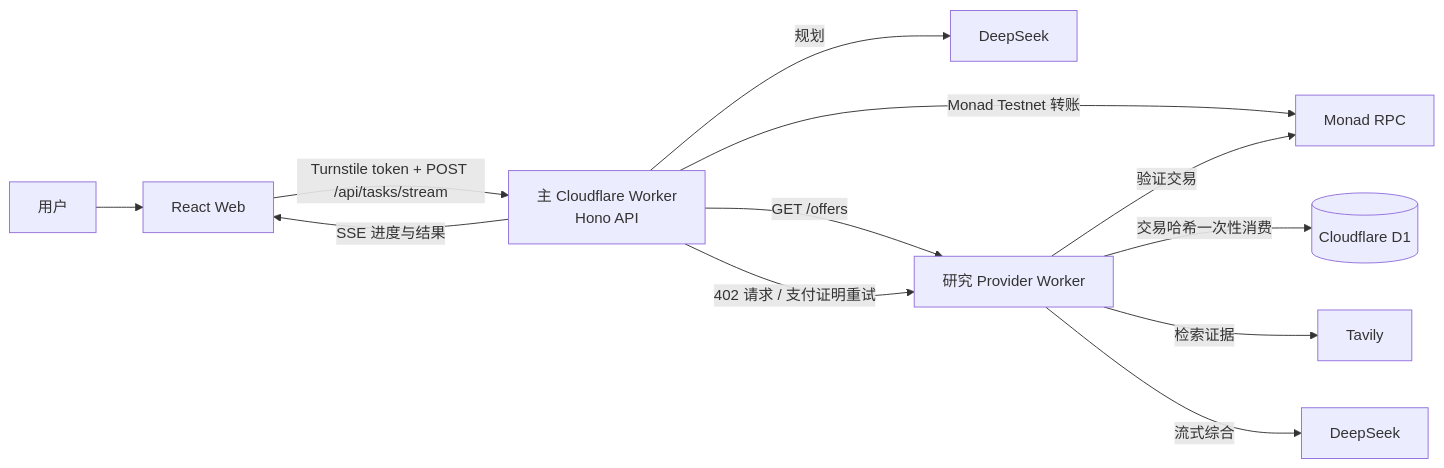
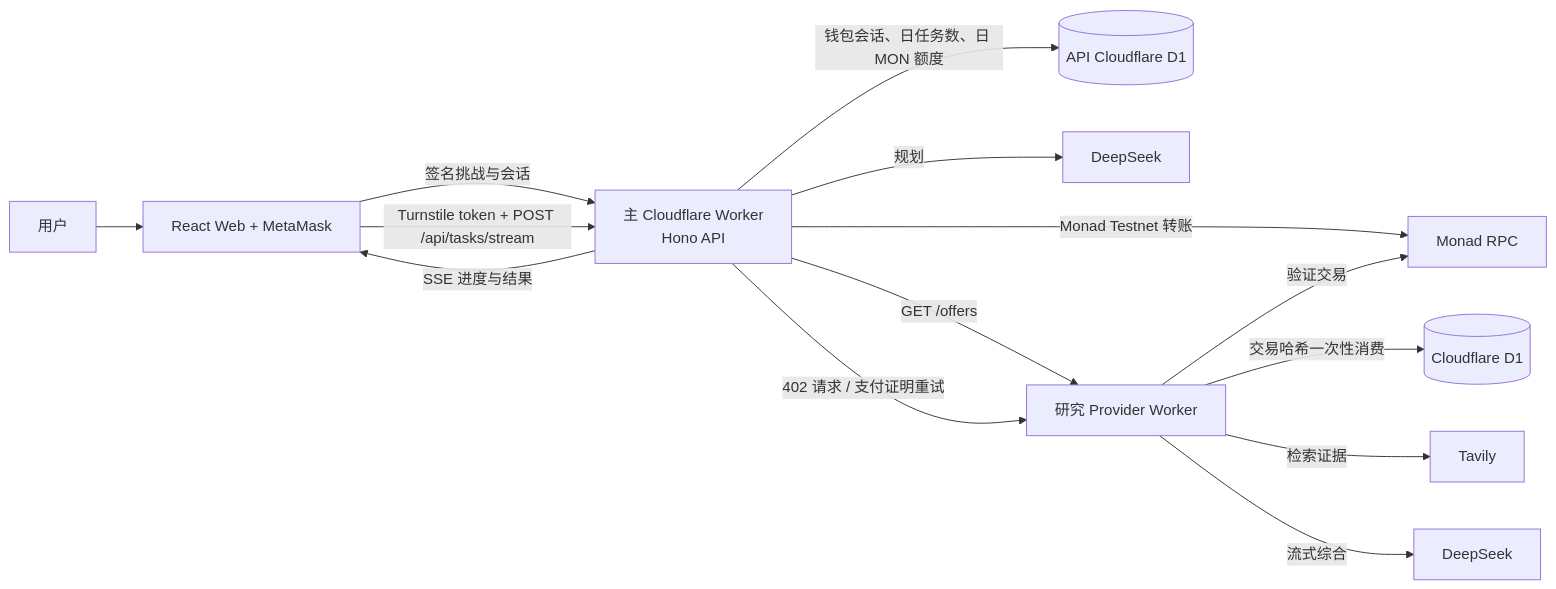
The first of 2 diagrams in docs/SYSTEM-ARCHITECTURE.md (Mt-Youya/MCPay), drawn with Mermaid before and after one commit. The commit also changed other lines of this file and 20 other files, not shown here.

````diff
--- a/docs/SYSTEM-ARCHITECTURE.md
+++ b/docs/SYSTEM-ARCHITECTURE.md
@@ -5,14 +5,16 @@
 ```mermaid
 flowchart LR
-  U[用户] --> W[React Web]
-  W -->|Turnstile token + POST /api/tasks/stream| A[主 Cloudflare Worker<br/>Hono API]
+  U[用户] --> W[React Web + MetaMask]
+  W -->|签名挑战与会话| A[主 Cloudflare Worker<br/>Hono API]
+  W -->|Turnstile token + POST /api/tasks/stream| A
+  A -->|钱包会话、日任务数、日 MON 额度| AD[(API Cloudflare D1)]
   A -->|规划| L1[DeepSeek]
   A -->|GET /offers| P[研究 Provider Worker]
   A -->|402 请求 / 支付证明重试| P
   A -->|Monad Testnet 转账| M[Monad RPC]
   P -->|验证交易| M
   P -->|交易哈希一次性消费| D[(Cloudflare D1)]
   P -->|检索证据| T[Tavily]
   P -->|流式综合| L2[DeepSeek]
   A -->|SSE 进度与结果| W
 ```
````
